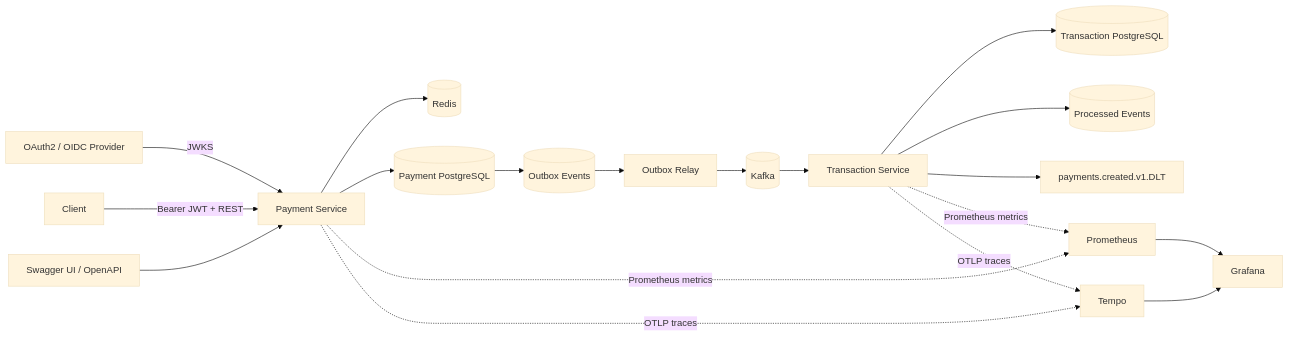
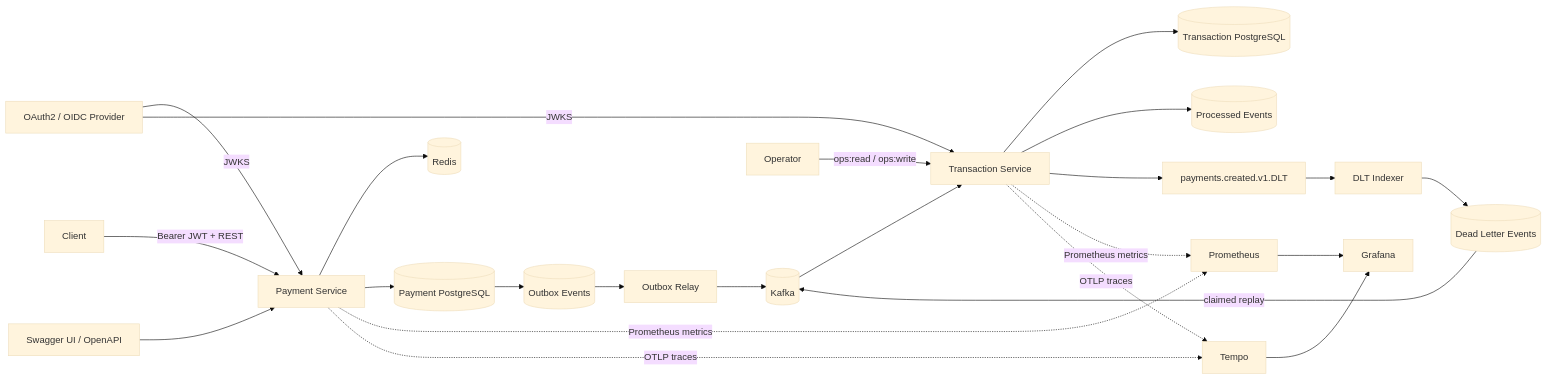
One commit to Charithaa07/Event-driven-payment-platform changed the diagram in README.md. Above: the diagram before and after it, drawn with Mermaid (base theme). The commit also changed other lines of this file and 23 other files, not shown here.

First line of the commit message:
Phase 10: add durable DLT inspection and replay

````diff
--- a/README.md
+++ b/README.md
@@ -9,22 +9,27 @@
 ```mermaid
 flowchart LR
     IDP[OAuth2 / OIDC Provider] -->|JWKS| P[Payment Service]
+    IDP -->|JWKS| T[Transaction Service]
     C[Client] -->|Bearer JWT + REST| P
     DOC[Swagger UI / OpenAPI] --> P
     P --> R[(Redis)]
     P --> PG[(Payment PostgreSQL)]
     PG --> O[(Outbox Events)]
     O --> RLY[Outbox Relay]
     RLY --> K[(Kafka)]
-    K --> T[Transaction Service]
+    K --> T
     T --> TG[(Transaction PostgreSQL)]
     T --> PE[(Processed Events)]
     T --> DLT[payments.created.v1.DLT]
+    DLT --> IDX[DLT Indexer]
+    IDX --> DR[(Dead Letter Events)]
+    OPS[Operator] -->|ops:read / ops:write| T
+    DR -->|claimed replay| K
 
     P -. Prometheus metrics .-> PROM[Prometheus]
     T -. Prometheus metrics .-> PROM
     P -. OTLP traces .-> TEMPO[Tempo]
     T -. OTLP traces .-> TEMPO
     PROM --> G[Grafana]
     TEMPO --> G
 ```
````
